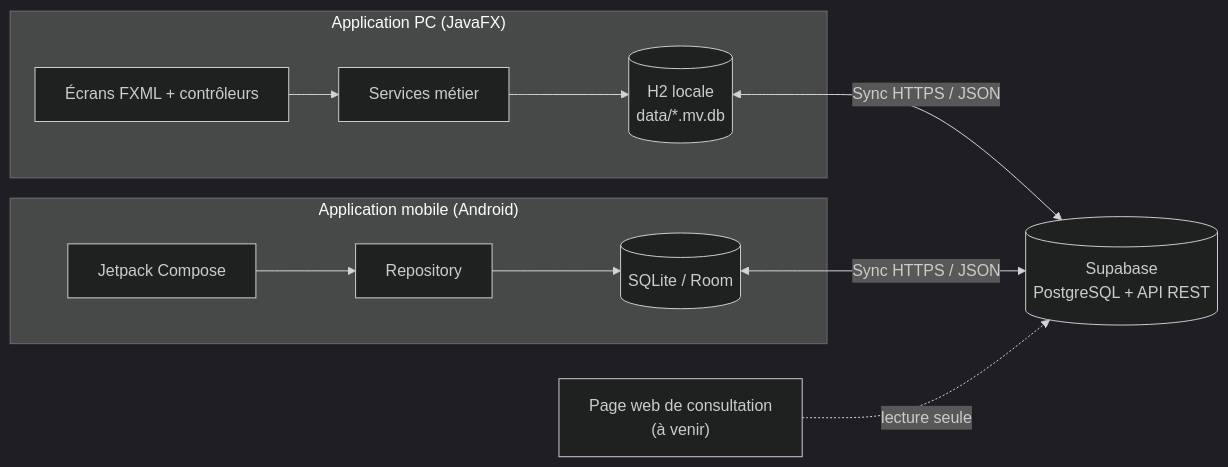
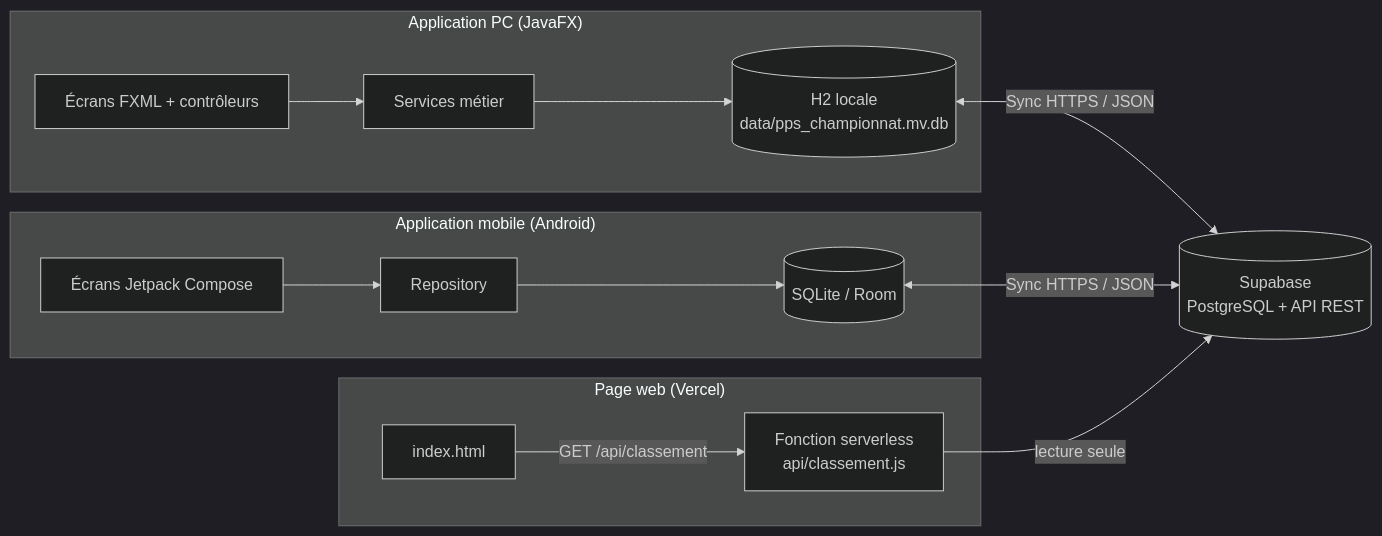
The diagram in Documentation/Sprint 3/Documentation Technique(v3)(fr).md (PPS-SAE-S5/PPS-COMP-2027), drawn with Mermaid (dark theme) before and after one commit. The commit also changed other lines of this file, not shown here.

````diff
--- a/Documentation/Sprint 3/Documentation Technique(v3)(fr).md
+++ b/Documentation/Sprint 3/Documentation Technique(v3)(fr).md
@@ -43,12 +48,15 @@
 ```mermaid
 flowchart LR
     subgraph PC["Application PC (JavaFX)"]
-        PCUI["Écrans FXML + contrôleurs"] --> PCSVC["Services métier"] --> PCDB[("H2 locale<br/>data/*.mv.db")]
+        PCUI["Écrans FXML + contrôleurs"] --> PCSVC["Services métier"] --> PCDB[("H2 locale<br/>data/pps_championnat.mv.db")]
     end
     subgraph MOB["Application mobile (Android)"]
-        MOBUI["Jetpack Compose"] --> MOBREPO["Repository"] --> MOBDB[("SQLite / Room")]
+        MOBUI["Écrans Jetpack Compose"] --> MOBREPO["Repository"] --> MOBDB[("SQLite / Room")]
     end
     PCDB <-->|"Sync HTTPS / JSON"| SUPA[("Supabase<br/>PostgreSQL + API REST")]
     MOBDB <-->|"Sync HTTPS / JSON"| SUPA
-    WEB["Page web de consultation<br/>(à venir)"] -.->|"lecture seule"| SUPA
+    subgraph WEB["Page web (Vercel)"]
+        HTML["index.html"] -->|"GET /api/classement"| API["Fonction serverless<br/>api/classement.js"]
+    end
+    API -->|"lecture seule"| SUPA
 ```
````
